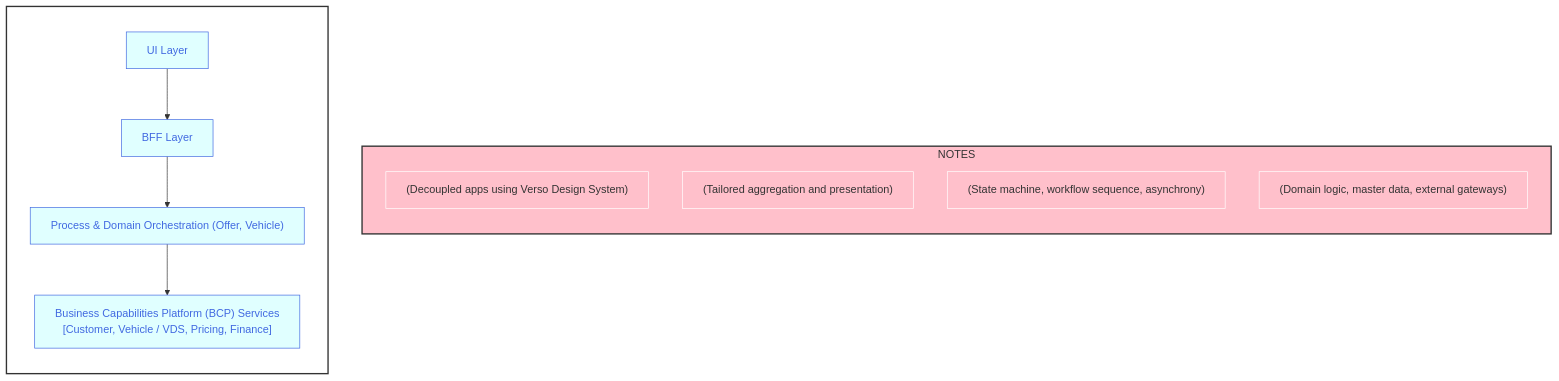
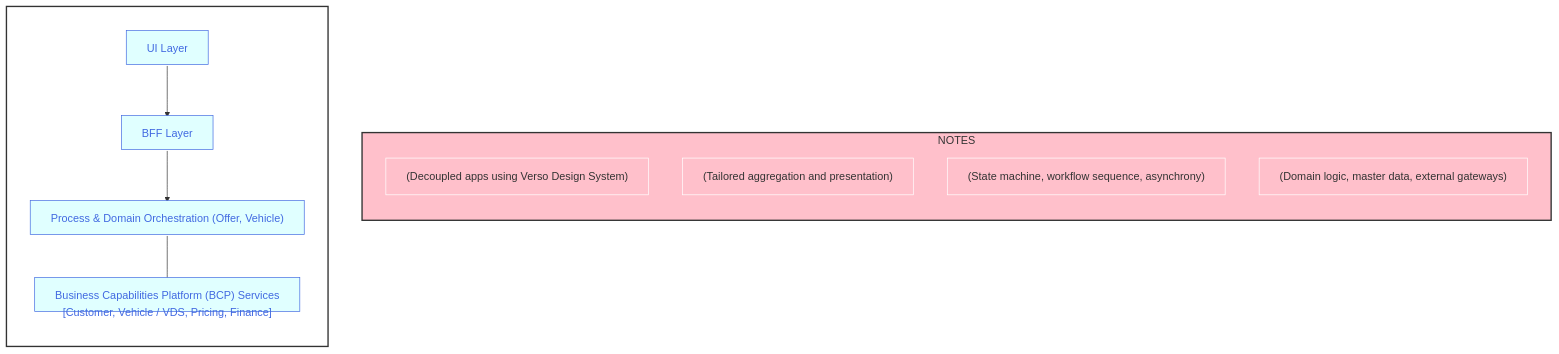
One commit to joe-dorward/samples changed the diagram in buttons_mermaid_v3.md. Above: the diagram before and after it, drawn with Mermaid.

````diff
--- a/buttons_mermaid_v3.md
+++ b/buttons_mermaid_v3.md
@@ -3,49 +3,49 @@
 ```mermaid
   %%{
     init: {"flowchart": { "markdownAutoWrap":"false", "textWrap":"false", "wrappingWidth": "100%" }
     }
   }%%
   flowchart LR
 
-  classDef Button fill:lightcyan, stroke:royalblue, color:royalblue;
+  classDef Button fill:lightcyan, stroke:royalblue, color:royalblue, height:50px;
   classDef Note fill:transparent, stroke:white, text-align:left;
   %% ---------- ---------- ---------- ---------- ---------- ---------- ---------- ---------- ---------- ----------
   subgraph BUTTONS
     direction TD
 
     BUTTON_01["UI Layer"]:::Button
     click BUTTON_01 "https://en.wikipedia.org/wiki/Main_Page" _blank
 
     BUTTON_02["BFF Layer"]:::Button
     click BUTTON_02 "https://en.wikipedia.org/wiki/Main_Page" _blank
 
     BUTTON_03["Process & Domain Orchestration (Offer, Vehicle)"]:::Button
     click BUTTON_03 "https://en.wikipedia.org/wiki/Main_Page" _blank
 
     BUTTON_04["Business Capabilities Platform (BCP) Services<br/>[Customer, Vehicle / VDS, Pricing, Finance]"]:::Button
     click BUTTON_04 "https://en.wikipedia.org/wiki/Main_Page" _blank
   end
 
   %% ---------- ---------- ---------- ---------- ---------- ---------- ---------- ---------- ---------- ----------
   subgraph NOTES
     direction TD
     BUTTON_01_NOTE["(Decoupled apps using Verso Design System)"]:::Note
     BUTTON_02_NOTE["(Tailored aggregation and presentation)"]:::Note
     BUTTON_03_NOTE["(State machine, workflow sequence, asynchrony)"]:::Note
     BUTTON_04_NOTE["(Domain logic, master data, external gateways)"]:::Note
   end
   %% ---------- ---------- ---------- ---------- ---------- ---------- ---------- ---------- ---------- ----------
   %% invisibly connect BUTTONS (sub-graph) to NOTES (sub-graph)
   BUTTONS~~~
   NOTES
   %% ---------- ---------- ---------- ---------- ---------- ---------- ---------- ---------- ---------- ----------
   %% connect buttons
   BUTTON_01-->
   BUTTON_02-->
   BUTTON_03-->
   BUTTON_04
   %% ---------- ---------- ---------- ---------- ---------- ---------- ---------- ---------- ---------- ----------
   style BUTTONS fill:transparent,color:white,stroke:#333,stroke-width:2px
   style NOTES fill:pink,stroke:#333,stroke-width:2px
 
 ```
````
